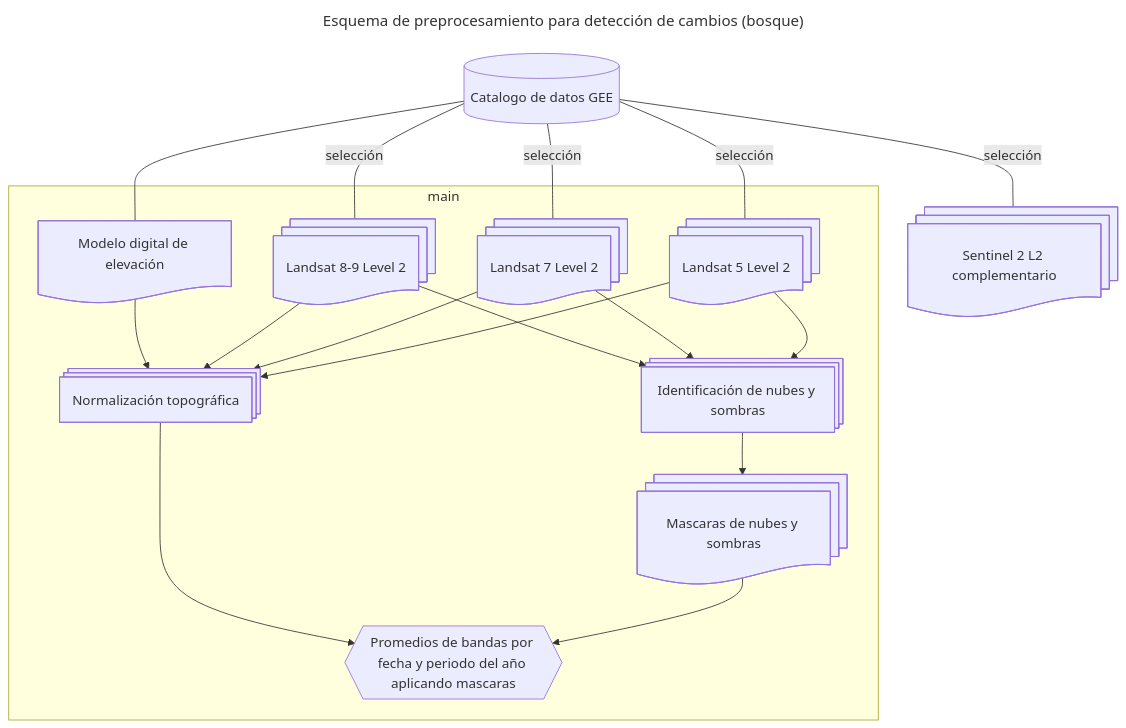
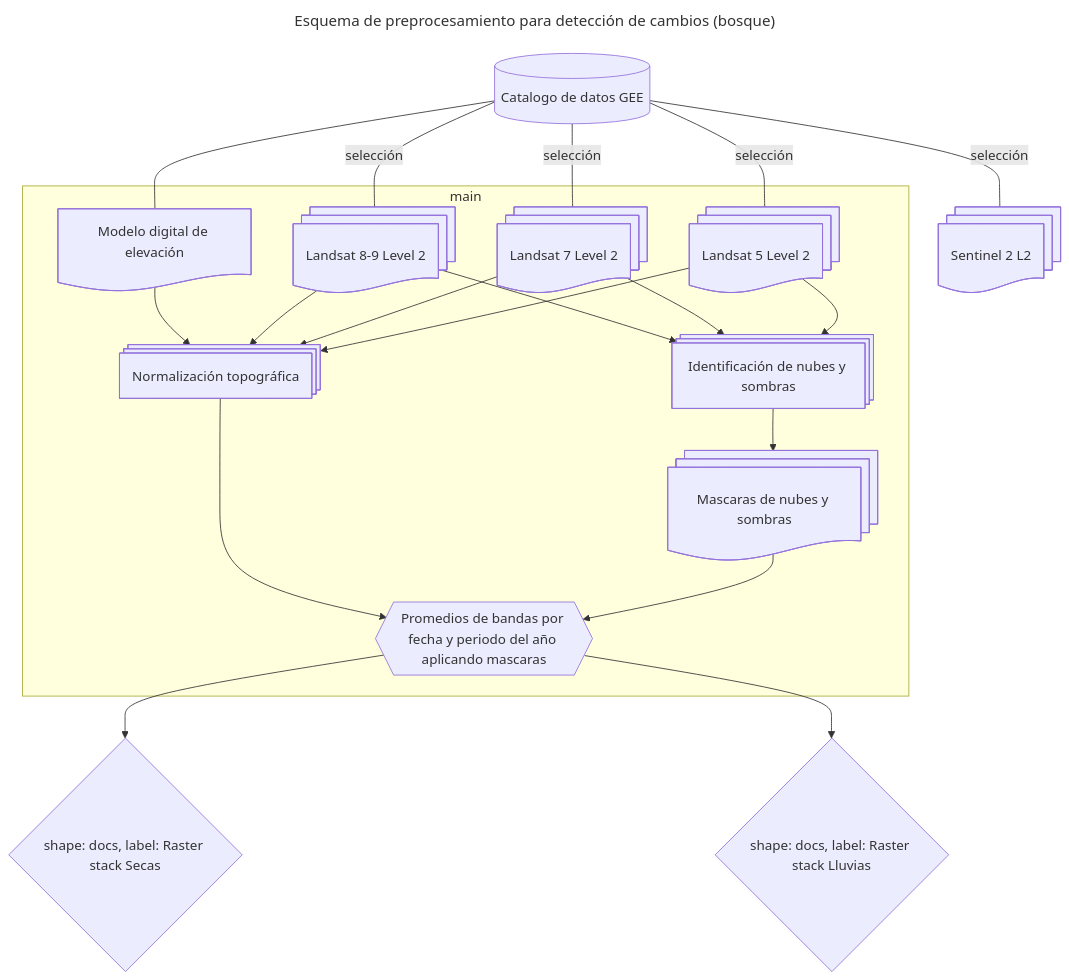
One commit to vshalisko/GEE changed the diagram in ANPs/Esquema_preprocesamiento.mermaid. Above: the diagram before and after it, drawn with Mermaid.

```diff
--- a/ANPs/Esquema_preprocesamiento.mermaid
+++ b/ANPs/Esquema_preprocesamiento.mermaid
@@ -1,37 +1,42 @@
 ---
 title: Esquema de preprocesamiento para detección de cambios (bosque)
 ---
 flowchart TD
     gee1[(Catalogo de datos GEE)]
     Landsat8@{ shape: docs, label: Landsat 8-9 Level 2}
     Landsat7@{ shape: docs, label: Landsat 7 Level 2}
     Landsat5@{ shape: docs, label: Landsat 5 Level 2}
-    Sentinel2@{ shape: docs, label: Sentinel 2 L2 complementario}
+    Sentinel2@{ shape: docs, label: Sentinel 2 L2}
     MDE@{ shape: doc, label: Modelo digital de elevación}
     
     INS@{ shape: procs, label: "Identificación de nubes y sombras"}
     MNS@{ shape: docs, label: "Mascaras de nubes y sombras"}
     NT@{ shape: procs, label: "Normalización topográfica"}
     Combinacion@{ shape: hex, label: "Promedios de bandas por fecha y periodo del año aplicando mascaras" }
 
+    BSecas{ shape: docs, label: Raster stack Secas}
+    BLluvias{ shape: docs, label: Raster stack Lluvias}
 
     gee1---|selección|Landsat8
     gee1---|selección|Landsat7
     gee1---|selección|Landsat5
     gee1---|selección|Sentinel2
     gee1---MDE
 
     subgraph main
         Landsat8-->INS
         Landsat7-->INS
         Landsat5-->INS
 
         MDE-->NT
         Landsat8-->NT
         Landsat7-->NT
         Landsat5-->NT
 
         INS-->MNS
         NT-->Combinacion
         MNS-->Combinacion
     end
+
+    Combinacion-->BSecas
+    Combinacion-->BLluvias
```
